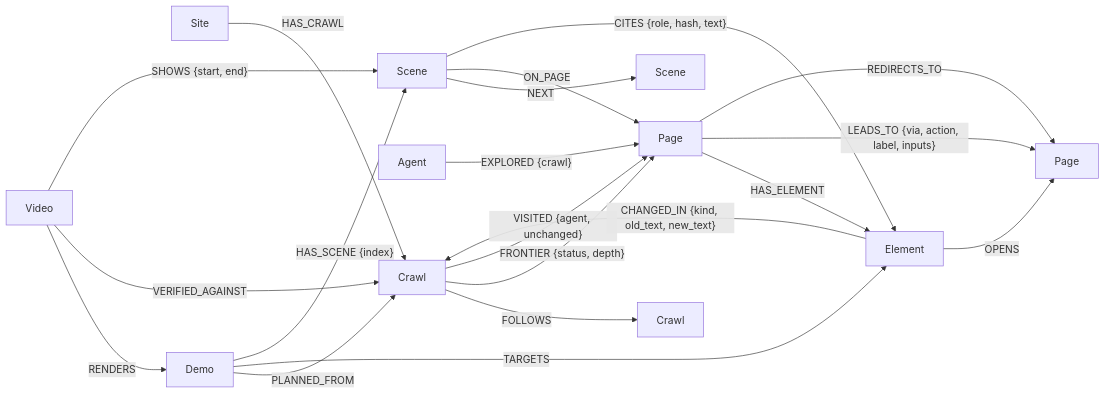
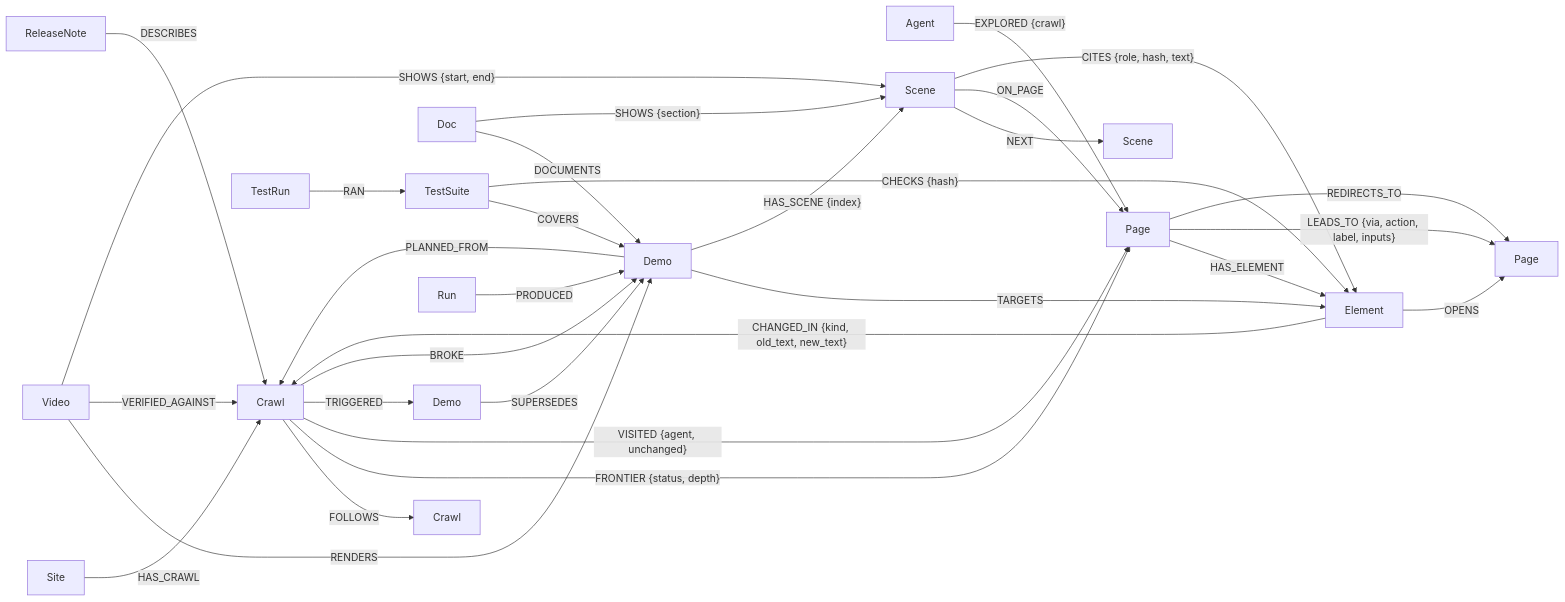
Before and after one commit to Ariya-rithvik/demograph: the diagram in README.md, drawn with Mermaid. The commit also changed other lines of this file and 5 other files, not shown here.

````diff
--- a/README.md
+++ b/README.md
@@ -161,22 +185,32 @@
 ```mermaid
 graph LR
   Site -->|HAS_CRAWL| Crawl
   Crawl -->|FOLLOWS| PrevCrawl[Crawl]
   Crawl -->|"FRONTIER {status, depth}"| Page
   Crawl -->|"VISITED {agent, unchanged}"| Page
   Agent -->|"EXPLORED {crawl}"| Page
   Page -->|HAS_ELEMENT| Element
   Page -->|"LEADS_TO {via, action, label, inputs}"| Page2[Page]
   Element -->|OPENS| Page2
   Page -->|REDIRECTS_TO| Page2
   Element -->|"CHANGED_IN {kind, old_text, new_text}"| Crawl
   Demo -->|PLANNED_FROM| Crawl
   Demo -->|TARGETS| Element
   Demo -->|"HAS_SCENE {index}"| Scene
   Scene -->|NEXT| Scene2[Scene]
   Scene -->|ON_PAGE| Page
   Scene -->|"CITES {role, hash, text}"| Element
   Video -->|RENDERS| Demo
   Video -->|VERIFIED_AGAINST| Crawl
   Video -->|"SHOWS {start, end}"| Scene
+  Doc -->|DOCUMENTS| Demo
+  Doc -->|"SHOWS {section}"| Scene
+  NewDemo[Demo] -->|SUPERSEDES| Demo
+  Crawl -->|TRIGGERED| NewDemo
+  Crawl -->|BROKE| Demo
+  TestSuite -->|COVERS| Demo
+  TestSuite -->|"CHECKS {hash}"| Element
+  TestRun -->|RAN| TestSuite
+  ReleaseNote -->|DESCRIBES| Crawl
+  Run -->|PRODUCED| Demo
 ```
````
